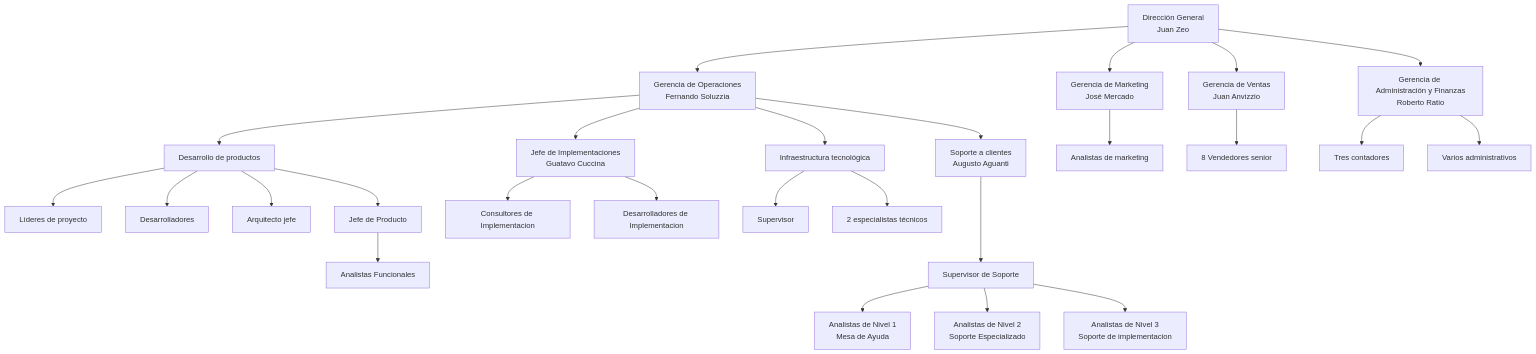
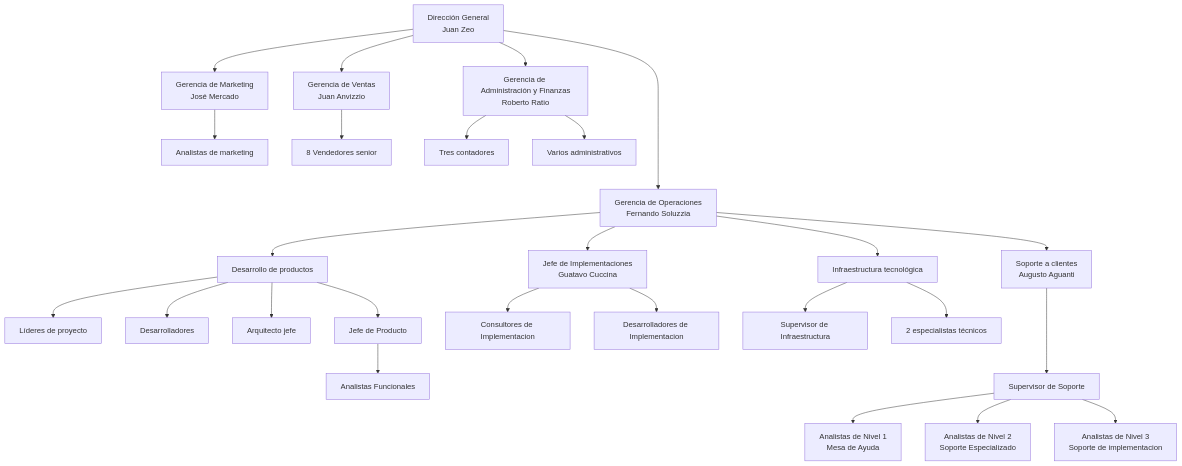
The diagram in docs/Organigrama/organigrama.md (CrissRMFI/TPG-PSA), drawn with Mermaid before and after one commit.

Commit message:
Especifíco roles en el area de Arquitectura. #5

````diff
--- a/docs/Organigrama/organigrama.md
+++ b/docs/Organigrama/organigrama.md
@@ -19,40 +19,40 @@
 ```mermaid
 graph TB
   A[Dirección General<br>Juan Zeo]
 
-  A --> B[Gerencia de Operaciones<br>Fernando Soluzzia]
+  A ----> B[Gerencia de Operaciones<br>Fernando Soluzzia]
   A --> C[Gerencia de Marketing<br>José Mercado]
   A --> D[Gerencia de Ventas<br>Juan Anvizzio]
   A --> E[Gerencia de Administración y Finanzas<br>Roberto Ratio]
 
   B --> B1[Desarrollo de productos]
   B --> B2[Jefe de Implementaciones<br>Guatavo Cuccina]
   B --> B3[Soporte a clientes<br> Augusto Aguanti]
   B --> B4[Infraestructura tecnológica]
 
   B1 --> B1a[Líderes de proyecto]
   B1 --> B1b[Desarrolladores]
   B1 --> B1c[Arquitecto jefe]
   B1 --> B1d[Jefe de Producto]
 
   B1d --> B1d1[Analistas Funcionales]
 
 
   B2 --> B2b[Consultores de Implementacion]
   B2 --> B2c[Desarrolladores de Implementacion]
 
   B3 ---> B3a[Supervisor de Soporte]
   B3a --> B3b[Analistas de Nivel 1<br>Mesa de Ayuda]
   B3a --> B3c[Analistas de Nivel 2 <br>Soporte Especializado]
   B3a --> B3d[Analistas de Nivel 3 <br>Soporte de implementacion]
 
-  B4 --> B4a[Supervisor]
+  B4 --> B4a[Supervisor de Infraestructura]
   B4 --> B4b[2 especialistas técnicos]
 
   C --> C1[Analistas de marketing]
 
   D --> D1[8 Vendedores senior]
 
   E --> E1[Tres contadores]
   E --> E2[Varios administrativos]
 ```
````
